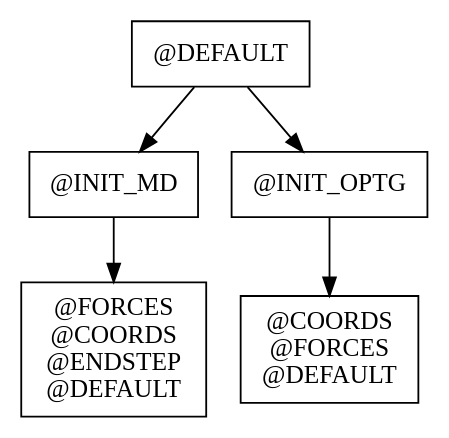
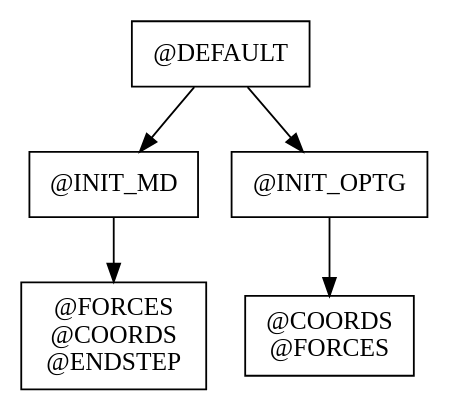
Before and after one commit to MolSSI-MDI/MDI_lammps: the diagram in report/graphs/node-report.gv, drawn with Graphviz. The commit also changed 1 other file, not shown here.

```diff
--- a/report/graphs/node-report.gv
+++ b/report/graphs/node-report.gv
@@ -1,17 +1,15 @@
 // Node Report
 digraph {
 	"@DEFAULT" [label="@DEFAULT" margin=0.1 shape=box]
 	"@INIT_MD" [label="@INIT_MD" margin=0.1 shape=box]
 	"@INIT_MD_" [label="@FORCES
 @COORDS
-@ENDSTEP
-@DEFAULT" margin=0.1 shape=box]
+@ENDSTEP" margin=0.1 shape=box]
 	"@INIT_OPTG" [label="@INIT_OPTG" margin=0.1 shape=box]
 	"@INIT_OPTG_" [label="@COORDS
-@FORCES
-@DEFAULT" margin=0.1 shape=box]
+@FORCES" margin=0.1 shape=box]
 	"@DEFAULT" -> "@INIT_MD"
 	"@DEFAULT" -> "@INIT_OPTG"
 	"@INIT_MD" -> "@INIT_MD_"
 	"@INIT_OPTG" -> "@INIT_OPTG_"
 }
```
